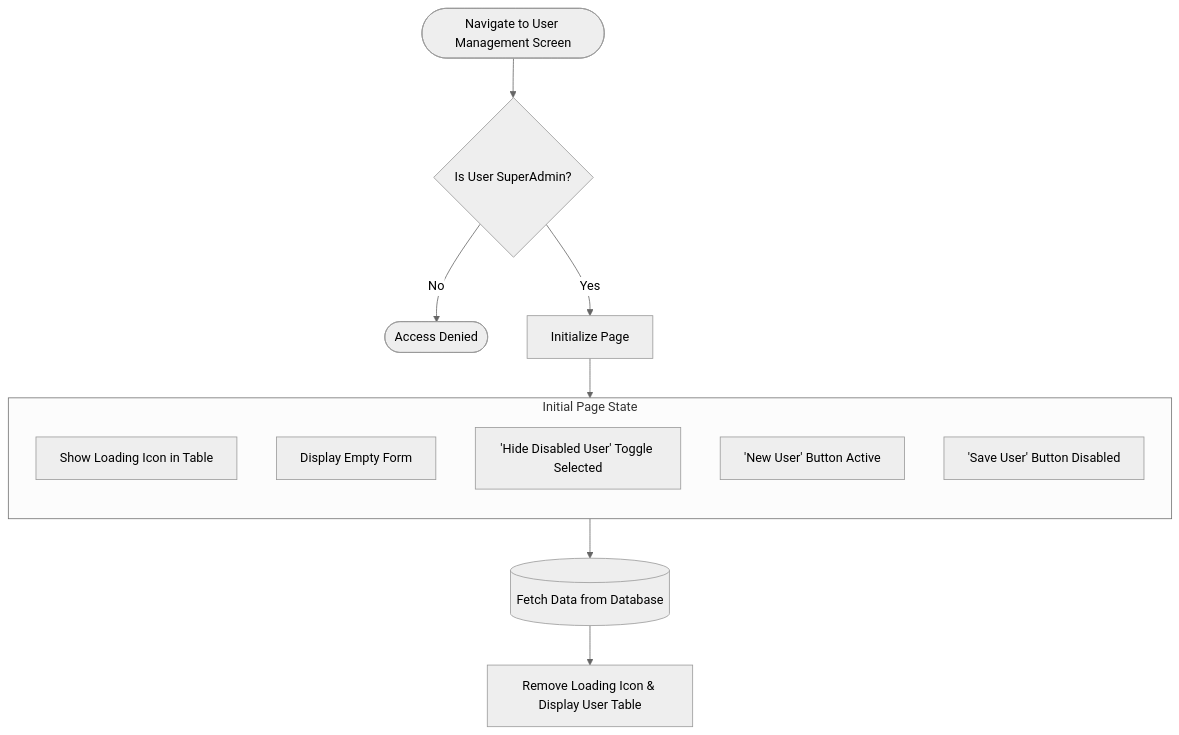
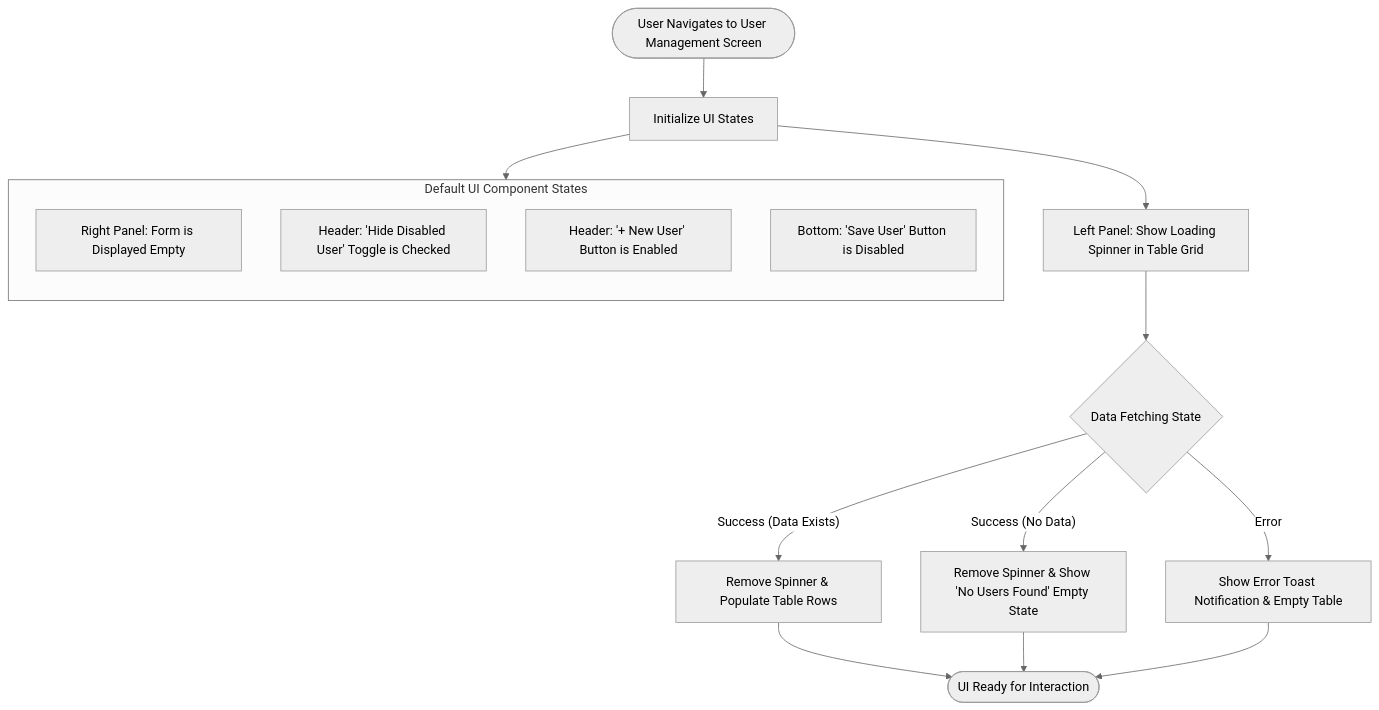
Before and after one commit to Cgnore/ui-specification-document: the first of 3 diagrams in README.md, drawn with Mermaid (neutral theme). The commit also changed other lines of this file, not shown here.

````diff
--- a/README.md
+++ b/README.md
@@ -45,23 +45,26 @@
 ```mermaid
 graph TD
-    %% Start and Authorization Check
-    Start([Navigate to User Management Screen]) --> AuthCheck{Is User SuperAdmin?}
-    AuthCheck -- No --> AccessDenied([Access Denied])
-    AuthCheck -- Yes --> PageInit[Initialize Page]
+    Start([User Navigates to User Management Screen]) --> InitState[Initialize UI States]
 
-    %% Initial Page Load State
-    subgraph Initial_Page_State [Initial Page State]
+    subgraph Default_Component_States [Default UI Component States]
         direction TB
-        InitLoading[Show Loading Icon in Table]
-        InitForm[Display Empty Form]
-        InitToggle['Hide Disabled User' Toggle Selected]
-        InitBtnNew['New User' Button Active]
-        InitBtnSave['Save User' Button Disabled]
+        Form[Right Panel: Form is Displayed Empty]
+        Toggle[Header: 'Hide Disabled User' Toggle is Checked]
+        BtnNew[Header: '+ New User' Button is Enabled]
+        BtnSave[Bottom: 'Save User' Button is Disabled]
+
     end
 
-    PageInit --> Initial_Page_State
+    InitState --> Default_Component_States
+    InitState --> TableLoading[Left Panel: Show Loading Spinner in Table Grid]
 
-    %% Fetching Data
-    InitLoading --> FetchDB[(Fetch Data from Database)]
-    FetchDB --> ShowTable[Remove Loading Icon & Display User Table]
+    TableLoading --> DataResponse{Data Fetching State}
+
+    DataResponse -- Success (Data Exists) --> RenderTable[Remove Spinner & Populate Table Rows]
+    DataResponse -- Success (No Data) --> EmptyTable[Remove Spinner & Show 'No Users Found' Empty State]
+    DataResponse -- Error --> ErrorState[Show Error Toast Notification & Empty Table]
+
+    RenderTable --> Ready([UI Ready for Interaction])
+    EmptyTable --> Ready
+    ErrorState --> Ready
 ```
````
